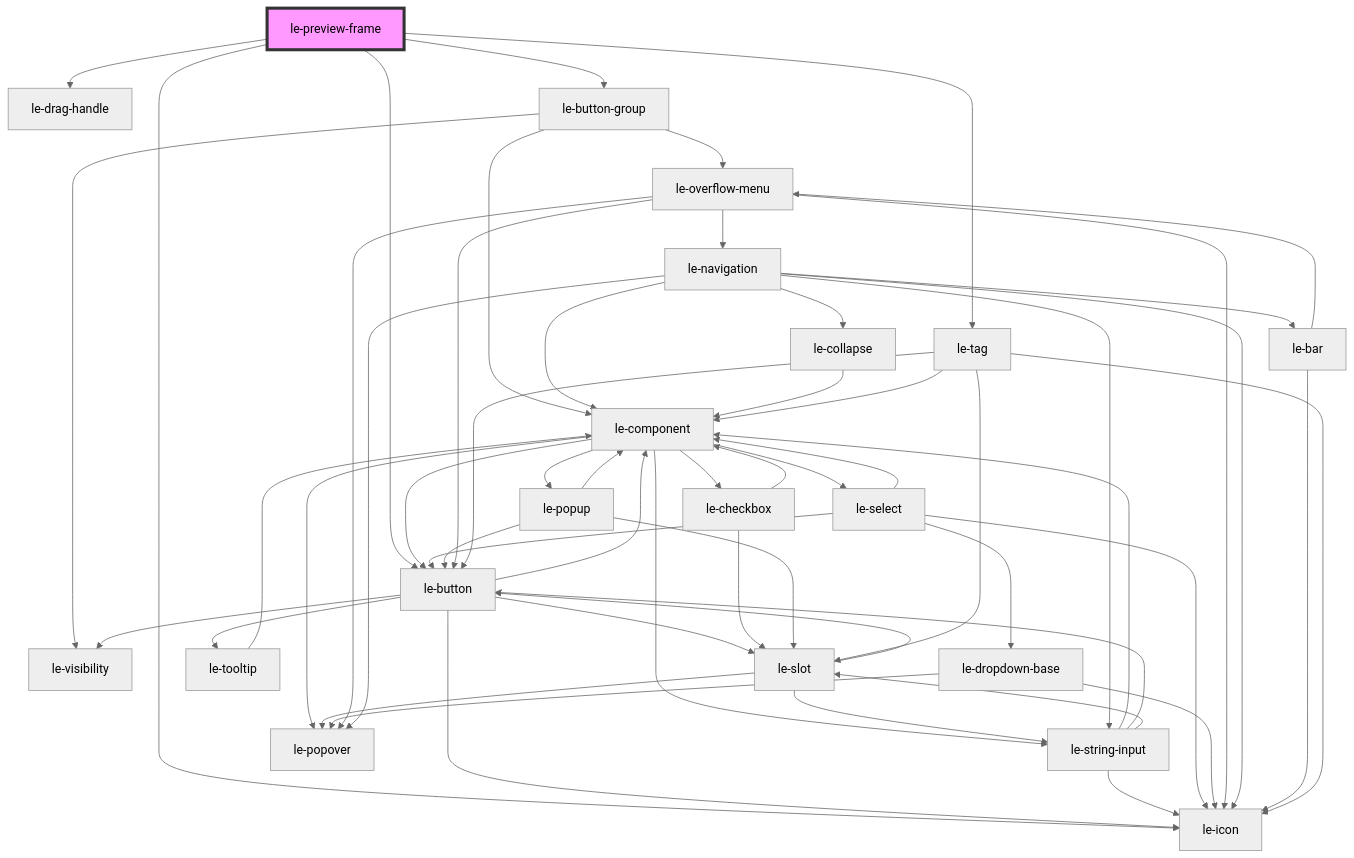
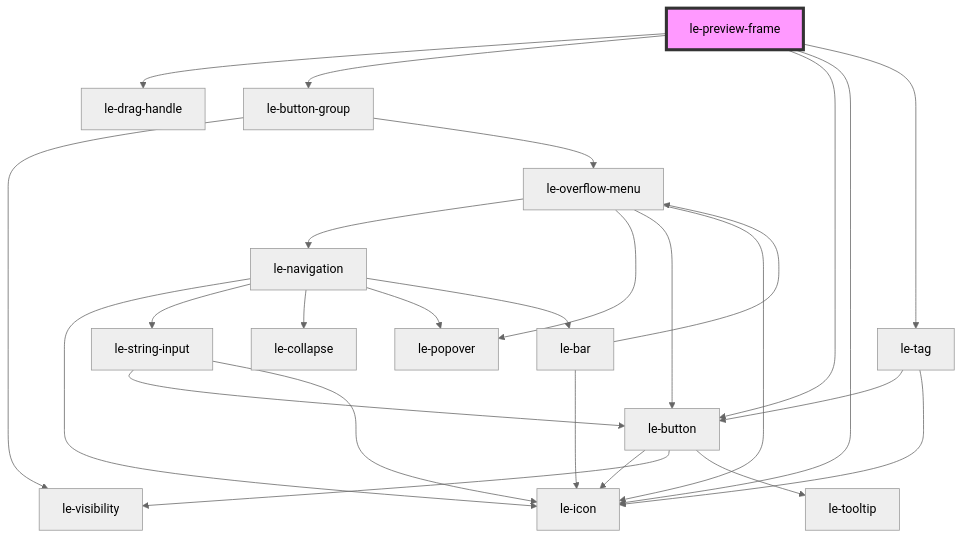
Before and after one commit to leechy/le-kit: the diagram in packages/core/src/components/le-preview-frame/readme.md, drawn with Mermaid (neutral theme). The commit also changed 44 other files, not shown here.

````diff
--- a/packages/core/src/components/le-preview-frame/readme.md
+++ b/packages/core/src/components/le-preview-frame/readme.md
@@ -97,59 +97,29 @@
 ```mermaid
 graph TD;
   le-preview-frame --> le-drag-handle
   le-preview-frame --> le-button-group
   le-preview-frame --> le-button
   le-preview-frame --> le-icon
   le-preview-frame --> le-tag
-  le-button-group --> le-component
   le-button-group --> le-visibility
   le-button-group --> le-overflow-menu
-  le-component --> le-button
-  le-component --> le-select
-  le-component --> le-checkbox
-  le-component --> le-string-input
-  le-component --> le-popover
-  le-component --> le-popup
-  le-button --> le-icon
-  le-button --> le-visibility
-  le-button --> le-slot
-  le-button --> le-component
-  le-button --> le-tooltip
-  le-slot --> le-popover
-  le-slot --> le-button
-  le-slot --> le-string-input
-  le-string-input --> le-component
-  le-string-input --> le-button
-  le-string-input --> le-icon
-  le-string-input --> le-slot
-  le-tooltip --> le-component
-  le-select --> le-icon
-  le-select --> le-component
-  le-select --> le-dropdown-base
-  le-select --> le-button
-  le-dropdown-base --> le-icon
-  le-dropdown-base --> le-popover
-  le-checkbox --> le-component
-  le-checkbox --> le-slot
-  le-popup --> le-slot
-  le-popup --> le-button
-  le-popup --> le-component
   le-overflow-menu --> le-navigation
   le-overflow-menu --> le-popover
   le-overflow-menu --> le-button
   le-overflow-menu --> le-icon
   le-navigation --> le-icon
   le-navigation --> le-string-input
   le-navigation --> le-collapse
   le-navigation --> le-popover
   le-navigation --> le-bar
-  le-navigation --> le-component
-  le-collapse --> le-component
+  le-string-input --> le-button
+  le-string-input --> le-icon
+  le-button --> le-icon
+  le-button --> le-visibility
+  le-button --> le-tooltip
   le-bar --> le-icon
   le-bar --> le-overflow-menu
-  le-tag --> le-component
-  le-tag --> le-slot
   le-tag --> le-button
   le-tag --> le-icon
   style le-preview-frame fill:#f9f,stroke:#333,stroke-width:4px
 ```
````
